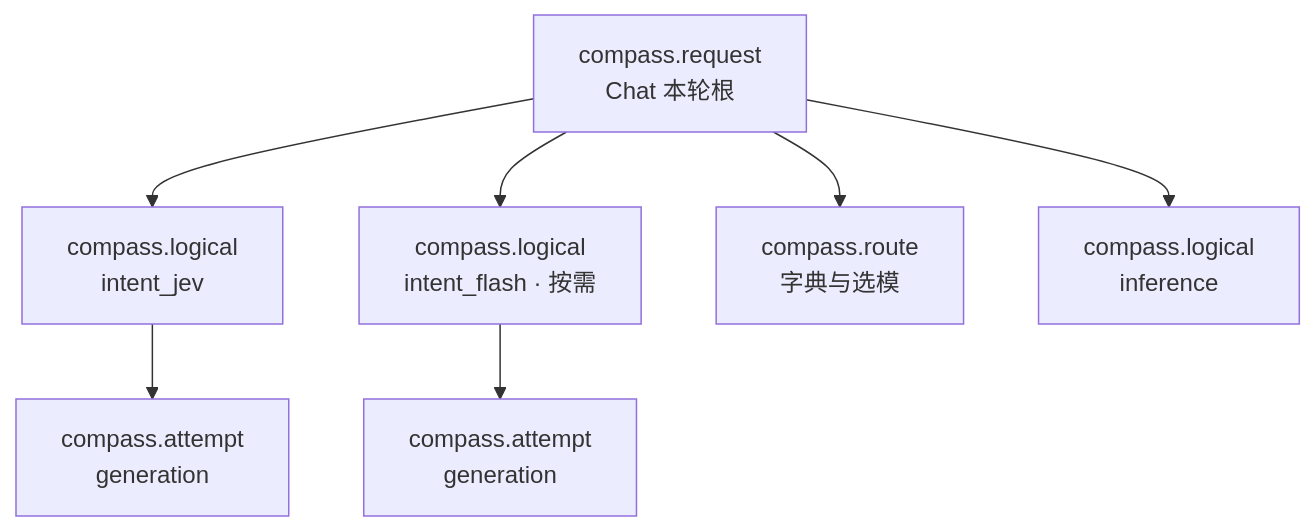
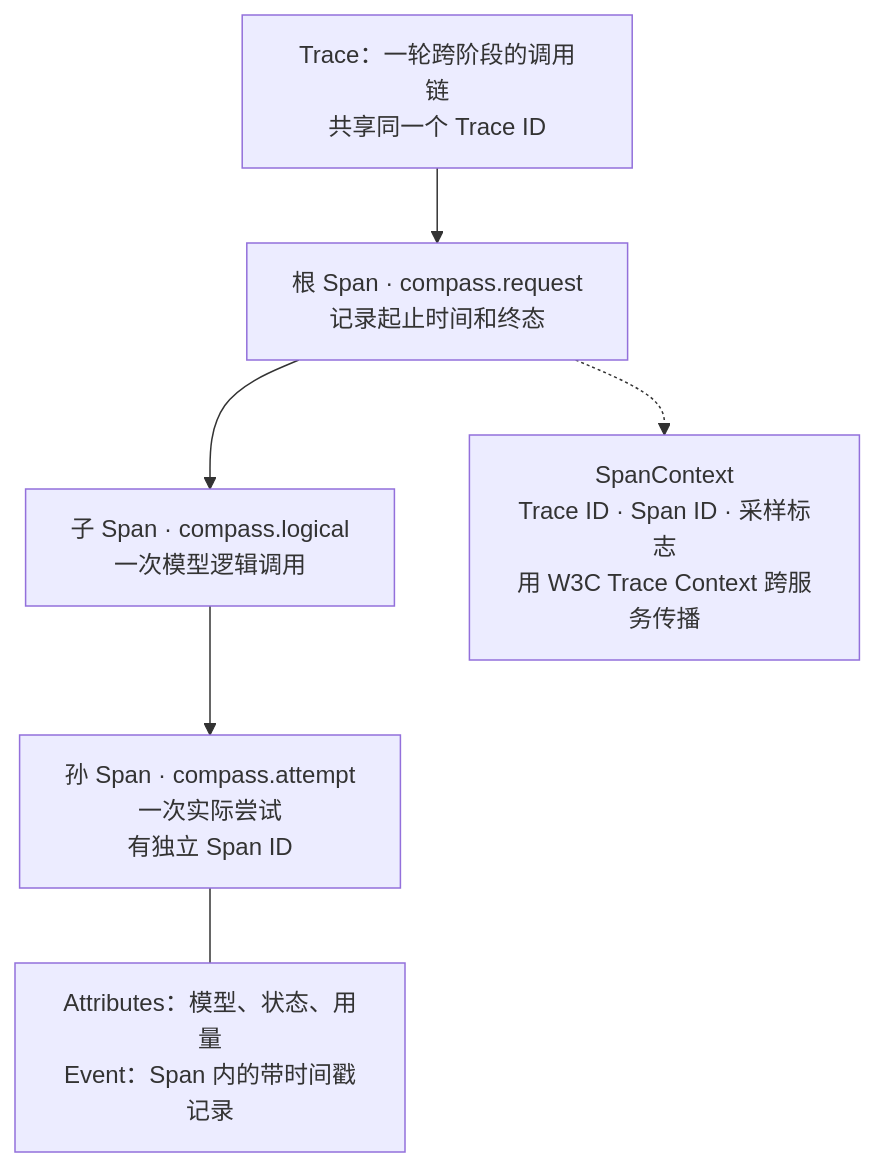
One commit to RuiLu007/compass changed the first of 5 diagrams in mai-specs/990-lesson-14-model-observability/design/document/guide.md. Above: the diagram before and after it, drawn with Mermaid. The commit also changed other lines of this file and 7 other files, not shown here.

````diff
--- a/mai-specs/990-lesson-14-model-observability/design/document/guide.md
+++ b/mai-specs/990-lesson-14-model-observability/design/document/guide.md
@@ -73,10 +3,8 @@
-```mermaid 一轮 Chat 的观测树
+```mermaid Trace、Span 与上下文
 flowchart TB
-    ROOT["compass.request<br/>Chat 本轮根"]
-    ROOT --> JEV["compass.logical<br/>intent_jev"]
-    ROOT --> FLASH["compass.logical<br/>intent_flash · 按需"]
-    ROOT --> ROUTE["compass.route<br/>字典与选模"]
-    ROOT --> MAIN["compass.logical<br/>inference"]
-    JEV --> JA["compass.attempt<br/>generation"]
-    FLASH --> FA["compass.attempt<br/>generation"]
+    T["Trace：一轮跨阶段的调用链<br/>共享同一个 Trace ID"] --> R["根 Span · compass.request<br/>记录起止时间和终态"]
+    R --> L["子 Span · compass.logical<br/>一次模型逻辑调用"]
+    L --> A["孙 Span · compass.attempt<br/>一次实际尝试<br/>有独立 Span ID"]
+    A --- F["Attributes：模型、状态、用量<br/>Event：Span 内的带时间戳记录"]
+    R -.-> P["SpanContext<br/>Trace ID · Span ID · 采样标志<br/>用 W3C Trace Context 跨服务传播"]
 ```
````
